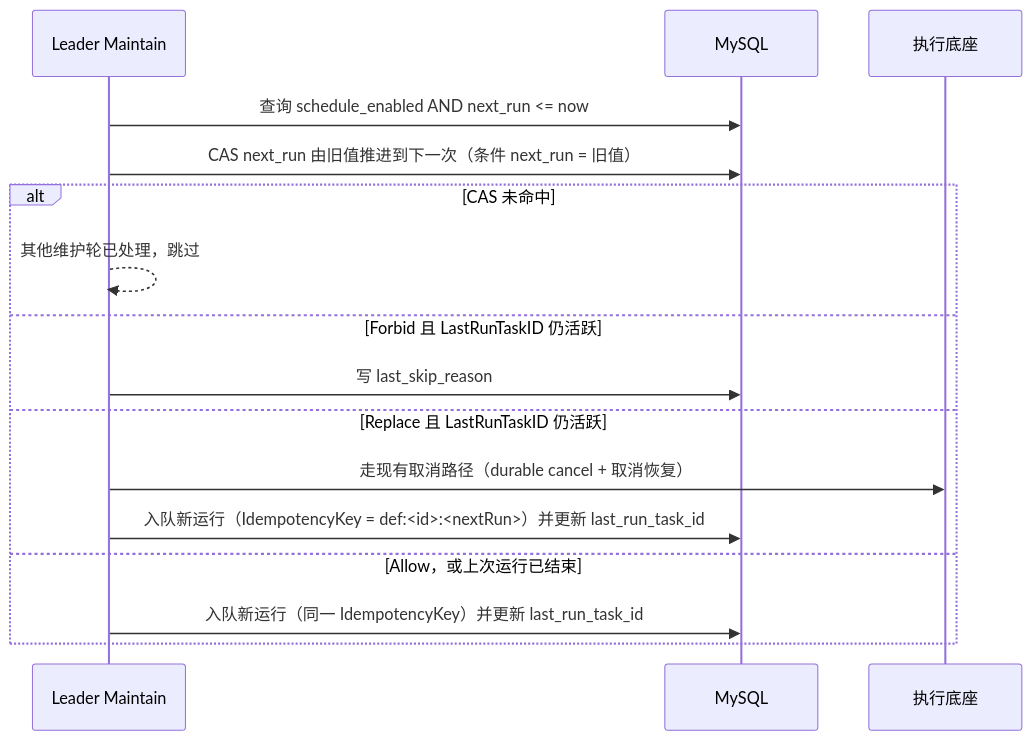
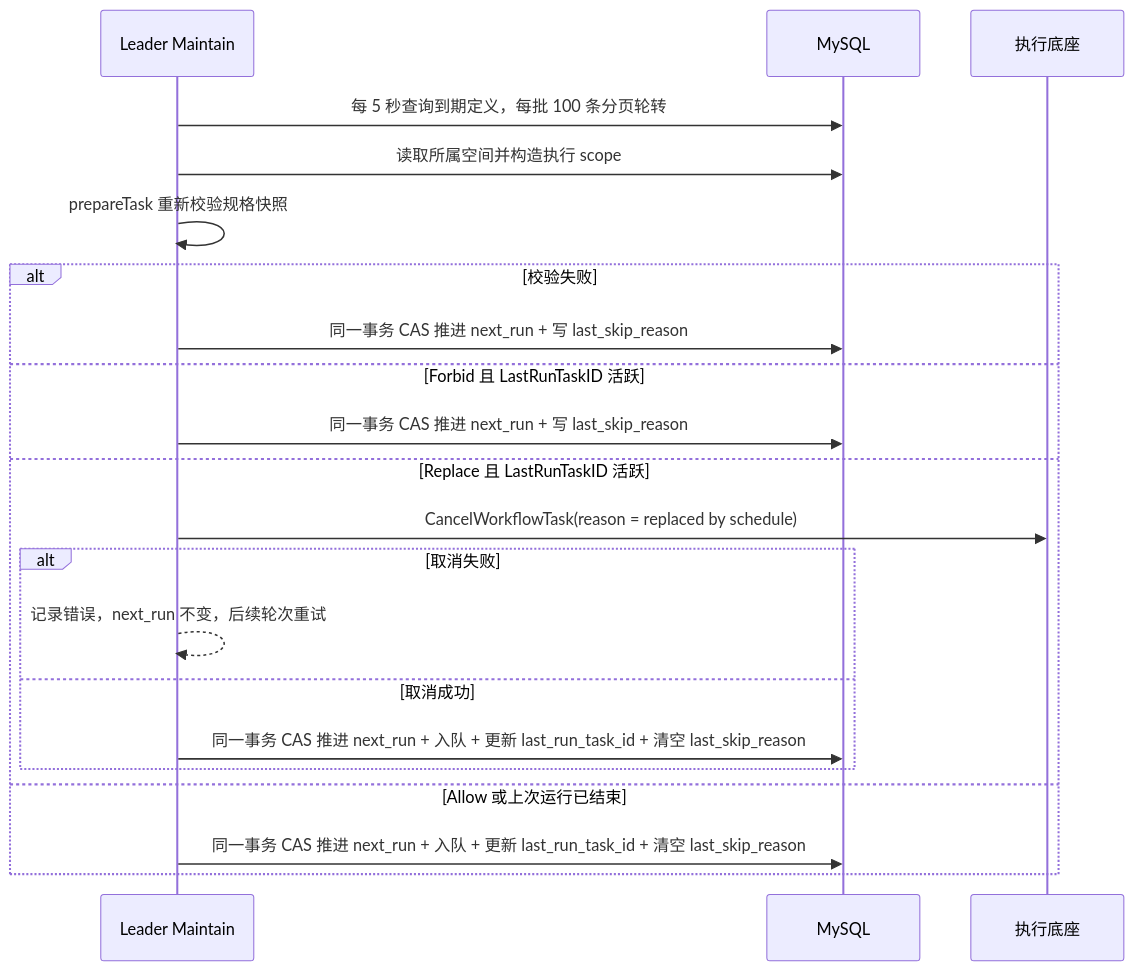
One commit to PixelCores/Eruun changed the second of 3 diagrams in docs/job-module-design.md. Above: the diagram before and after it, drawn with Mermaid. The commit also changed other lines of this file and 20 other files, not shown here.

````diff
--- a/docs/job-module-design.md
+++ b/docs/job-module-design.md
@@ -202,18 +234,23 @@
 ```mermaid
 sequenceDiagram
   participant M as Leader Maintain
   participant DB as MySQL
   participant E as 执行底座
-  M->>DB: 查询 schedule_enabled AND next_run <= now
-  M->>DB: CAS next_run 由旧值推进到下一次（条件 next_run = 旧值）
-  alt CAS 未命中
-    M-->>M: 其他维护轮已处理，跳过
-  else Forbid 且 LastRunTaskID 仍活跃
-    M->>DB: 写 last_skip_reason
-  else Replace 且 LastRunTaskID 仍活跃
-    M->>E: 走现有取消路径（durable cancel + 取消恢复）
-    M->>DB: 入队新运行（IdempotencyKey = def:<id>:<nextRun>）并更新 last_run_task_id
-  else Allow，或上次运行已结束
-    M->>DB: 入队新运行（同一 IdempotencyKey）并更新 last_run_task_id
+  M->>DB: 每 5 秒查询到期定义，每批 100 条分页轮转
+  M->>DB: 读取所属空间并构造执行 scope
+  M->>M: prepareTask 重新校验规格快照
+  alt 校验失败
+    M->>DB: 同一事务 CAS 推进 next_run + 写 last_skip_reason
+  else Forbid 且 LastRunTaskID 活跃
+    M->>DB: 同一事务 CAS 推进 next_run + 写 last_skip_reason
+  else Replace 且 LastRunTaskID 活跃
+    M->>E: CancelWorkflowTask(reason = replaced by schedule)
+    alt 取消失败
+      M-->>M: 记录错误，next_run 不变，后续轮次重试
+    else 取消成功
+      M->>DB: 同一事务 CAS 推进 next_run + 入队 + 更新 last_run_task_id + 清空 last_skip_reason
+    end
+  else Allow 或上次运行已结束
+    M->>DB: 同一事务 CAS 推进 next_run + 入队 + 更新 last_run_task_id + 清空 last_skip_reason
   end
 ```
````
